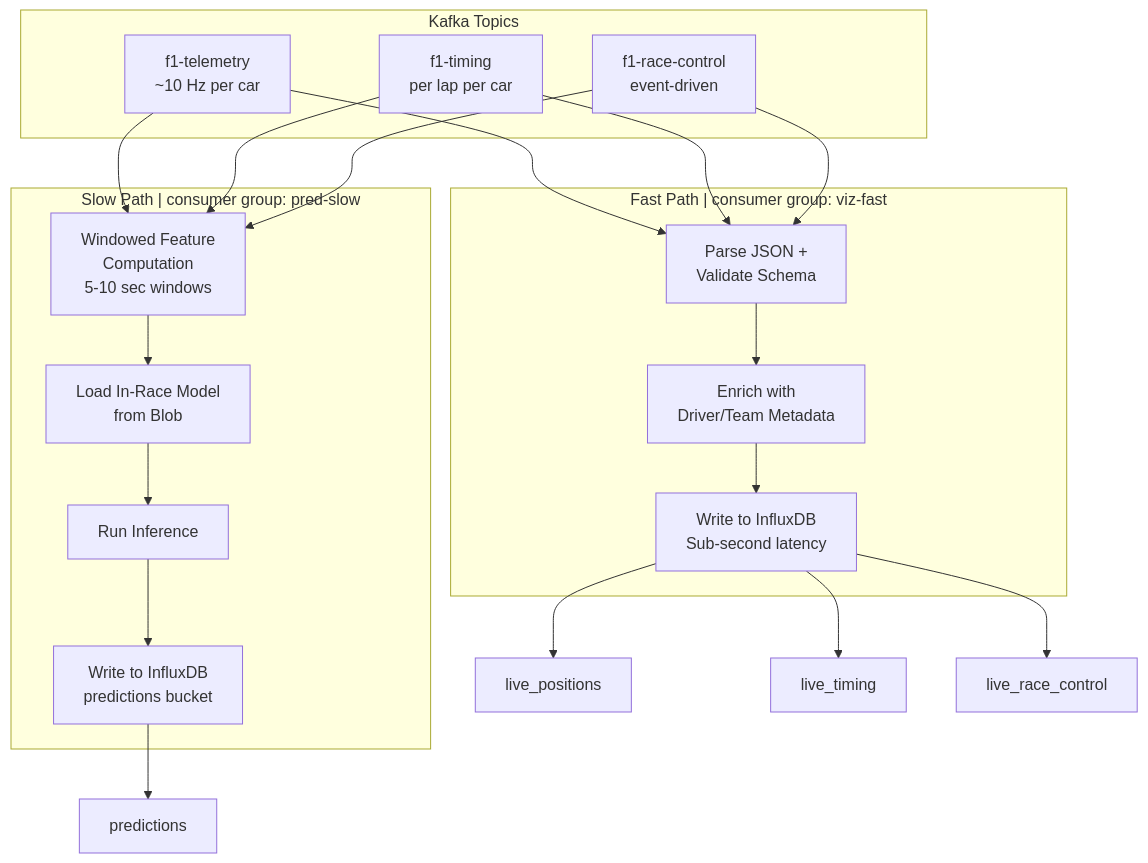
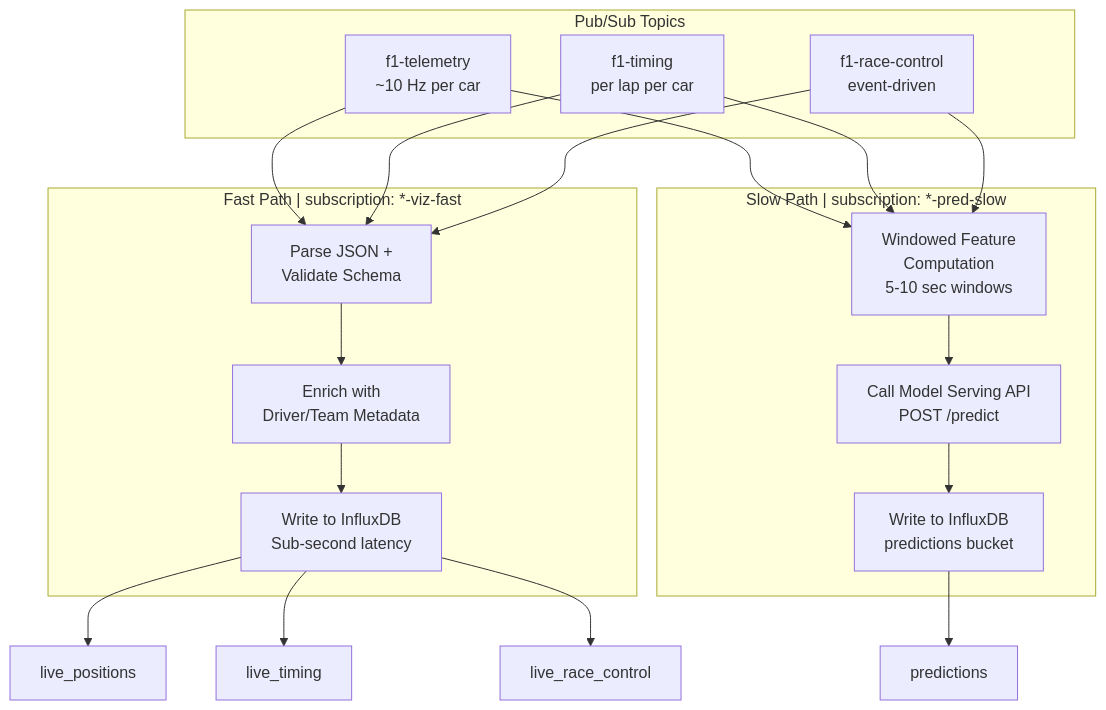
The third of 11 diagrams in revised_plan.md (nmk-k66-uet/F1-Chubby-Data), drawn with Mermaid before and after one commit. The commit also changed other lines of this file and 1 other file, not shown here.

````diff
--- a/revised_plan.md
+++ b/revised_plan.md
@@ -85,29 +88,28 @@
 ```mermaid
 flowchart TD
-    subgraph KT ["Kafka Topics"]
+    subgraph PS ["Pub/Sub Topics"]
         T1[f1-telemetry<br/>~10 Hz per car]
         T2[f1-timing<br/>per lap per car]
         T3[f1-race-control<br/>event-driven]
     end
 
-    subgraph FP ["Fast Path | consumer group: viz-fast"]
+    subgraph FP ["Fast Path | subscription: *-viz-fast"]
         F_PARSE[Parse JSON +<br/>Validate Schema]
         F_ENRICH[Enrich with<br/>Driver/Team Metadata]
         F_WRITE[Write to InfluxDB<br/>Sub-second latency]
     end
 
-    subgraph SP ["Slow Path | consumer group: pred-slow"]
+    subgraph SP ["Slow Path | subscription: *-pred-slow"]
         S_WINDOW[Windowed Feature<br/>Computation<br/>5-10 sec windows]
-        S_MODEL[Load In-Race Model<br/>from Blob]
-        S_INFER[Run Inference]
+        S_CALL[Call Model Serving API<br/>POST /predict]
         S_WRITE[Write to InfluxDB<br/>predictions bucket]
     end
 
     T1 & T2 & T3 --> F_PARSE --> F_ENRICH --> F_WRITE
-    T1 & T2 & T3 --> S_WINDOW --> S_MODEL --> S_INFER --> S_WRITE
+    T1 & T2 & T3 --> S_WINDOW --> S_CALL --> S_WRITE
 
     F_WRITE --> LP[live_positions]
     F_WRITE --> LTI[live_timing]
     F_WRITE --> LRC[live_race_control]
     S_WRITE --> PRED[predictions]
 ```
````
